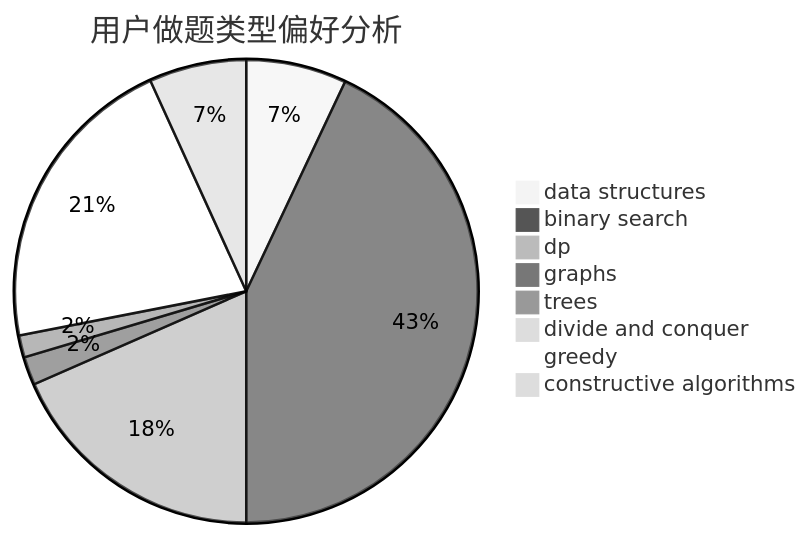
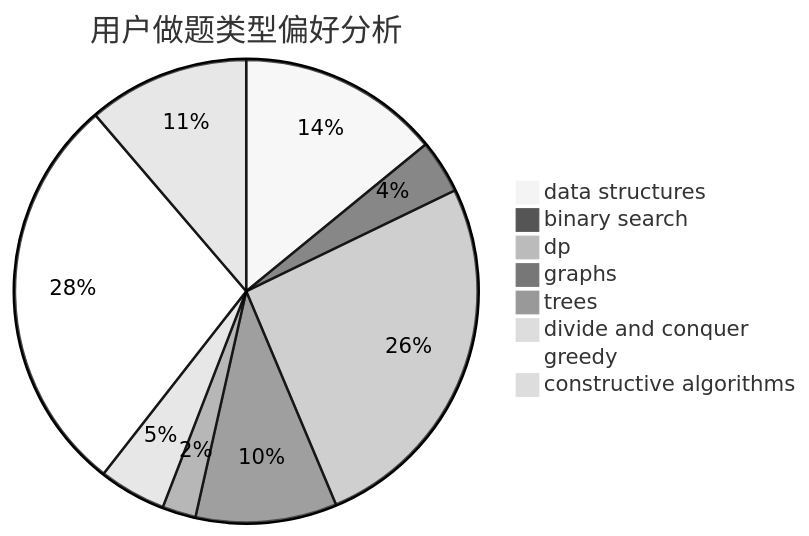
One commit to sherpahu/cfrs.github.io changed the second of 3 diagrams in docs/user/u2233.md. Above: the diagram before and after it, drawn with Mermaid (neutral theme). The commit also changed other lines of this file and 2770 other files, not shown here.

````diff
--- a/docs/user/u2233.md
+++ b/docs/user/u2233.md
@@ -23,11 +23,11 @@
 ```mermaid
 pie title 用户做题类型偏好分析
-    "data structures" :  32
-    "binary search" :  196
-    "dp" :  84
-    "graphs" :  9
-    "trees" :  7
-    "divide and conquer" :  0
-    "greedy" :  97
-    "constructive algorithms" :  31
+    "data structures" :  30
+    "binary search" :  8
+    "dp" :  55
+    "graphs" :  21
+    "trees" :  5
+    "divide and conquer" :  10
+    "greedy" :  60
+    "constructive algorithms" :  24
 ```
````
